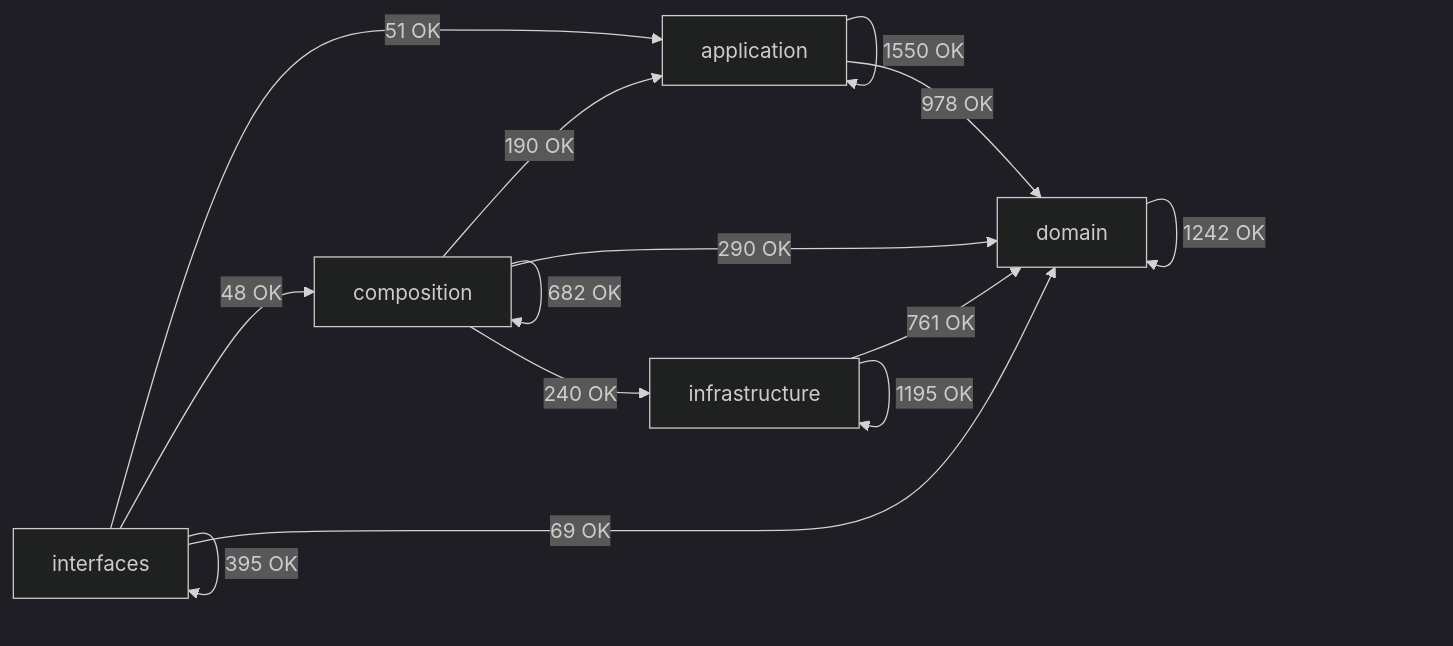
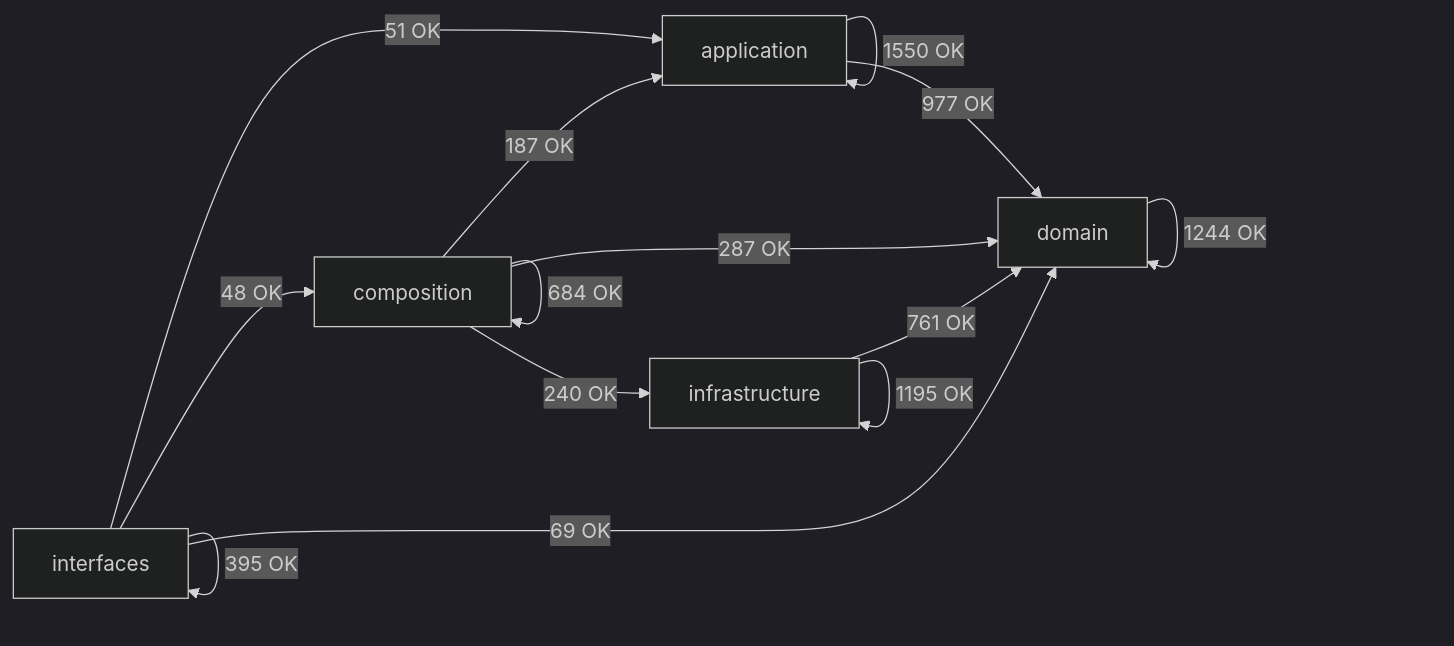
Before and after one commit to SatoryKono/BioactivityDataAcquisition: the diagram in docs/02-architecture/generated/module-dependency-map.md, drawn with Mermaid (dark theme). The commit also changed other lines of this file and 37 other files, not shown here.

Commit message:
fix(architecture): restore governance gate baseline

````diff
--- a/docs/02-architecture/generated/module-dependency-map.md
+++ b/docs/02-architecture/generated/module-dependency-map.md
@@ -17,21 +17,21 @@
 ```mermaid
 flowchart LR
     domain[domain]
     application[application]
     infrastructure[infrastructure]
     composition[composition]
     interfaces[interfaces]
     application -->|1550 OK| application
-    application -->|978 OK| domain
-    composition -->|190 OK| application
-    composition -->|682 OK| composition
-    composition -->|290 OK| domain
+    application -->|977 OK| domain
+    composition -->|187 OK| application
+    composition -->|684 OK| composition
+    composition -->|287 OK| domain
     composition -->|240 OK| infrastructure
-    domain -->|1242 OK| domain
+    domain -->|1244 OK| domain
     infrastructure -->|761 OK| domain
     infrastructure -->|1195 OK| infrastructure
     interfaces -->|51 OK| application
     interfaces -->|48 OK| composition
     interfaces -->|69 OK| domain
     interfaces -->|395 OK| interfaces
 ```
````
